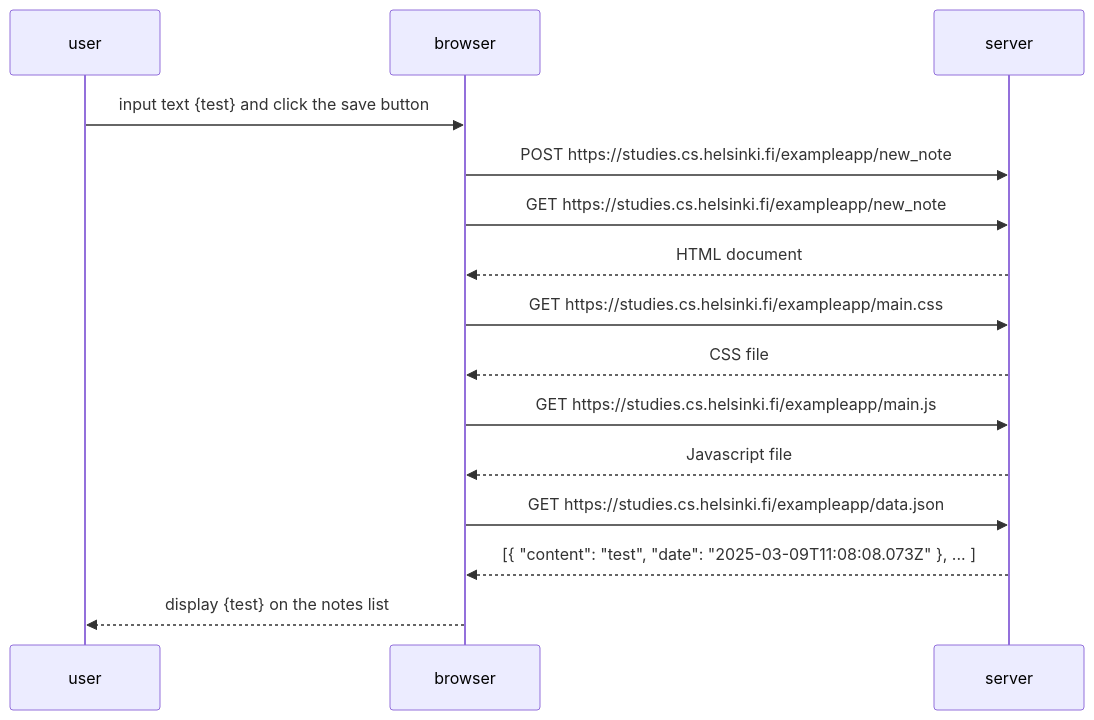
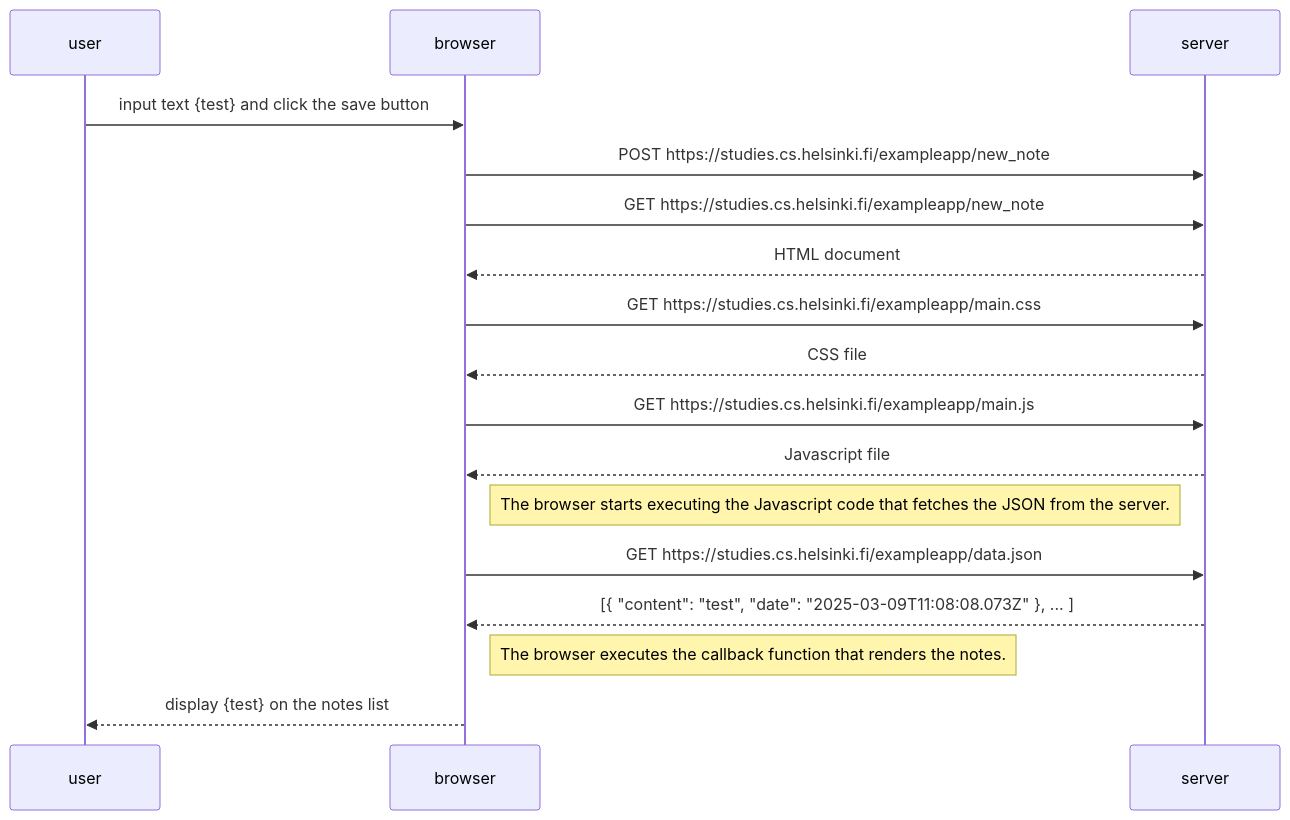
The diagram in Part 0/0.4_sequence_diagram_exercise.md (astroyan4739/learn_modern_web_development), drawn with Mermaid before and after one commit.

````diff
--- a/Part 0/0.4_sequence_diagram_exercise.md
+++ b/Part 0/0.4_sequence_diagram_exercise.md
@@ -1,21 +1,23 @@
 ```mermaid
 sequenceDiagram
   participant user
   participant browser
   participant server
 
   user ->> browser: input text {test} and click the save button
   browser ->> server: POST https://studies.cs.helsinki.fi/exampleapp/new_note
   browser ->> server: GET https://studies.cs.helsinki.fi/exampleapp/new_note
   server-->>browser: HTML document
 
   browser ->> server: GET https://studies.cs.helsinki.fi/exampleapp/main.css
   server-->>browser: CSS file
   
   browser ->>server: GET https://studies.cs.helsinki.fi/exampleapp/main.js
   server-->>browser: Javascript file
+  Note right of browser: The browser starts executing the Javascript code that fetches the JSON from the server.
 
   browser->>server: GET https://studies.cs.helsinki.fi/exampleapp/data.json
   server-->>browser: [{ "content": "test", "date": "2025-03-09T11:08:08.073Z" }, ... ]
+  Note right of browser: The browser executes the callback function that renders the notes.
   browser-->>user: display {test} on the notes list
 ```
````
